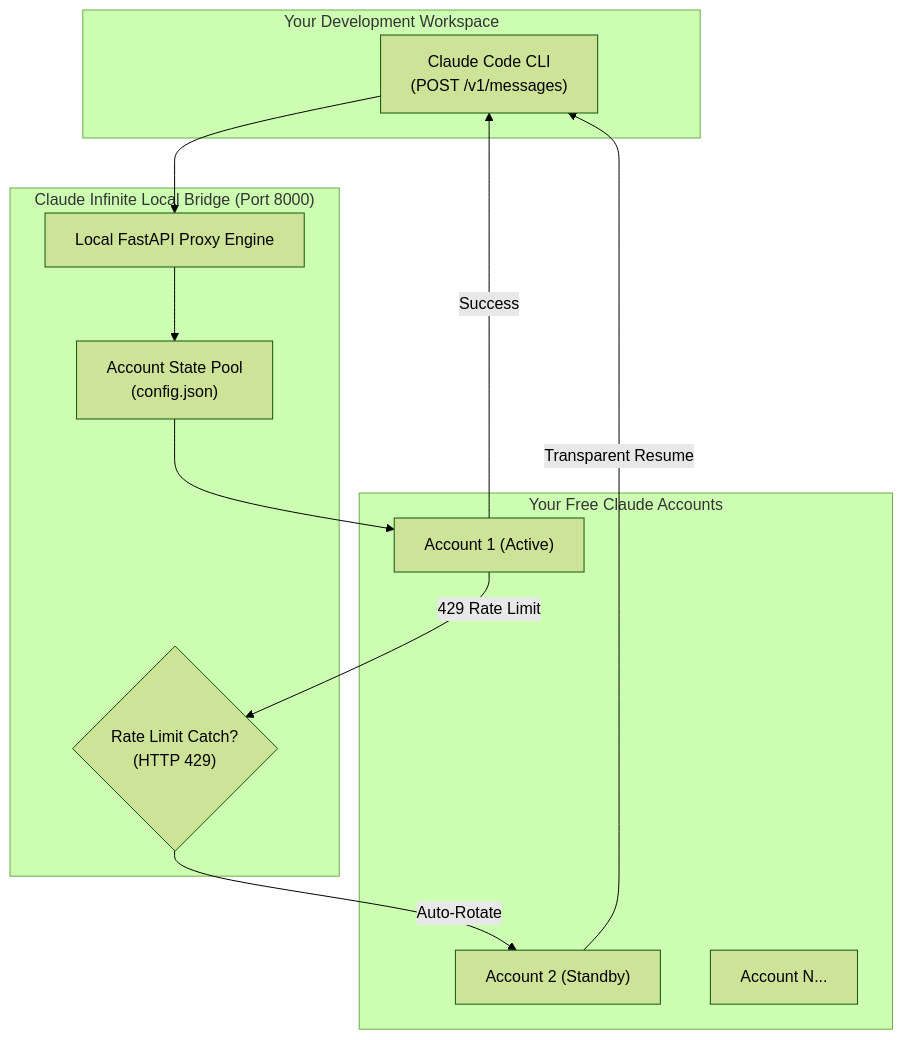
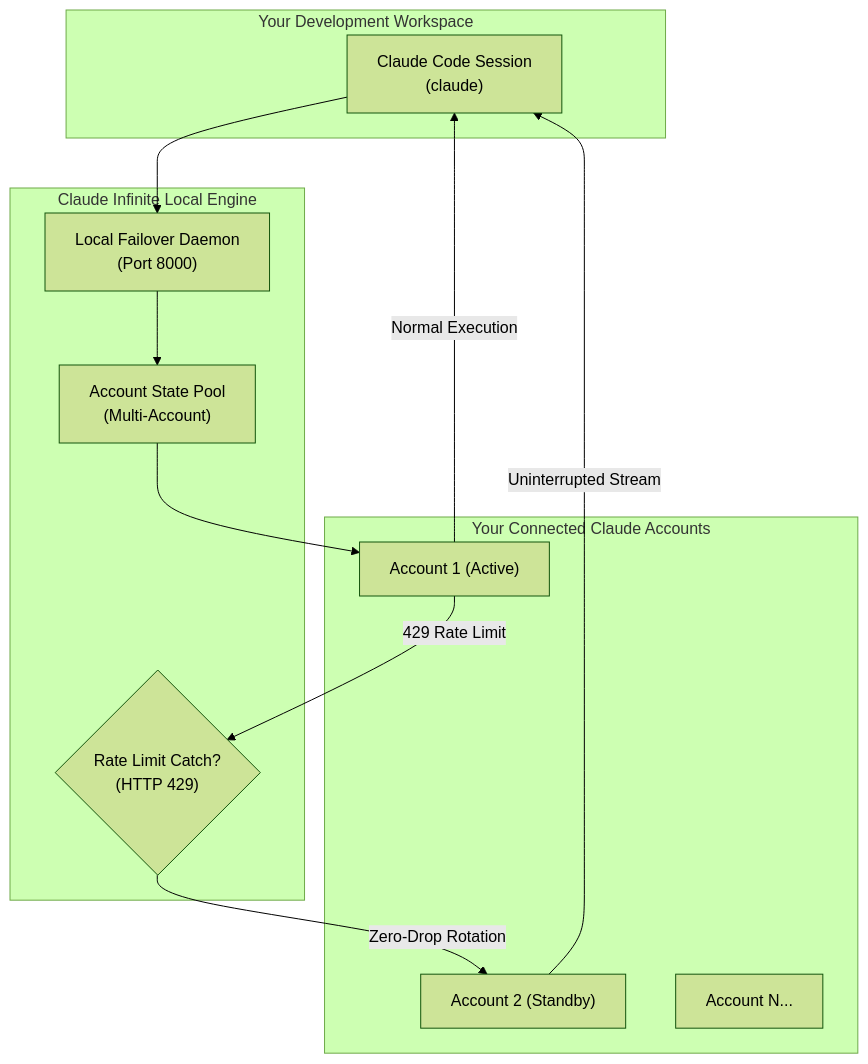
One commit to Daniyalzahid9/claude-infinite changed the diagram in README.md. Above: the diagram before and after it, drawn with Mermaid (forest theme). The commit also changed other lines of this file and 3 other files, not shown here.

Commit message:
Update visual assets with official Claude Code palette and anti-scrape guardrails

````diff
--- a/README.md
+++ b/README.md
@@ -60,26 +70,26 @@
 ```mermaid
 flowchart TD
     subgraph Client["Your Development Workspace"]
-        CLI["Claude Code CLI\n(POST /v1/messages)"]
+        CLI["Claude Code Session\n(claude)"]
     end
 
-    subgraph Hub["Claude Infinite Local Bridge (Port 8000)"]
-        PROXY["Local FastAPI Proxy Engine"]
+    subgraph Hub["Claude Infinite Local Engine"]
+        BRIDGE["Local Failover Daemon\n(Port 8000)"]
         ROUTER{"Rate Limit Catch?\n(HTTP 429)"}
-        POOL["Account State Pool\n(config.json)"]
+        POOL["Account State Pool\n(Multi-Account)"]
     end
 
-    subgraph Accounts["Your Free Claude Accounts"]
+    subgraph Accounts["Your Connected Claude Accounts"]
         ACC1["Account 1 (Active)"]
         ACC2["Account 2 (Standby)"]
         ACCN["Account N..."]
     end
 
-    CLI --> PROXY
-    PROXY --> POOL
+    CLI --> BRIDGE
+    BRIDGE --> POOL
     POOL --> ACC1
-    ACC1 -->|Success| CLI
+    ACC1 -->|Normal Execution| CLI
     ACC1 -->|429 Rate Limit| ROUTER
-    ROUTER -->|Auto-Rotate| ACC2
-    ACC2 -->|Transparent Resume| CLI
+    ROUTER -->|Zero-Drop Rotation| ACC2
+    ACC2 -->|Uninterrupted Stream| CLI
 ```
````
